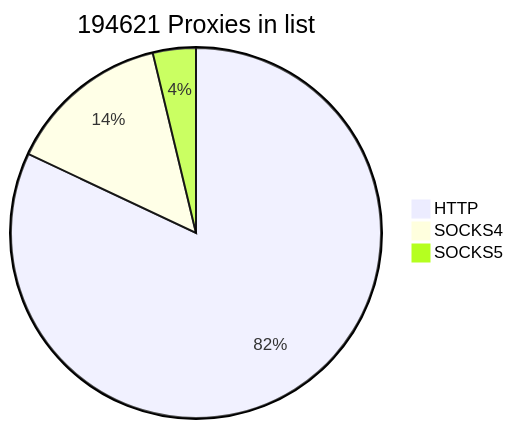
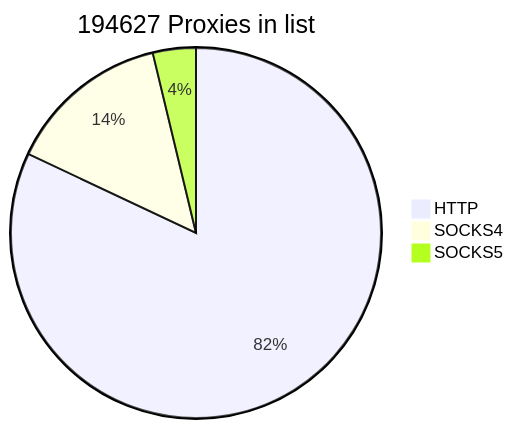
The first of 2 diagrams in README.md (cutipu/proxylist), drawn with Mermaid before and after one commit. The commit also changed other lines of this file, not shown here.

````diff
--- a/README.md
+++ b/README.md
@@ -2,7 +2,7 @@
 ```mermaid
-pie title 194621 Proxies in list
+pie title 194627 Proxies in list
     "HTTP" : 159621
-    "SOCKS4" : 27698
+    "SOCKS4" : 27704
     "SOCKS5" : 7302
             
 ```
````
